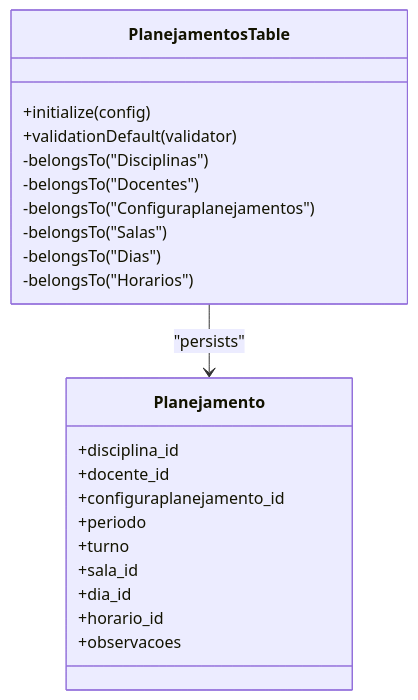
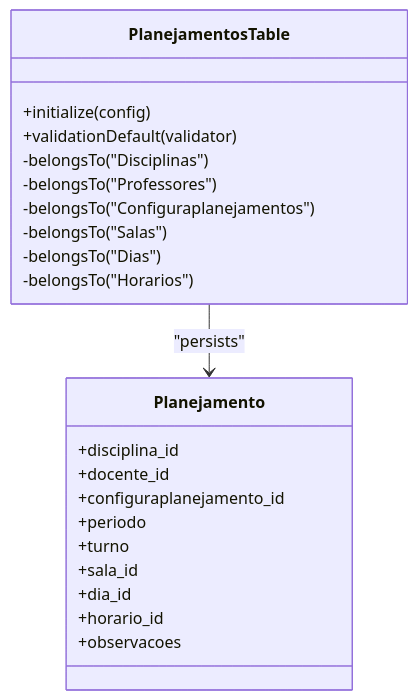
One commit to luiseduacosta/planejamento5 changed the third of 7 diagrams in .qoder/repowiki/en/content/Core Features/Core Features.md. Above: the diagram before and after it, drawn with Mermaid. The commit also changed other lines of this file and 37 other files, not shown here.

Commit message:
repowiki: rename Docentes → Professores in metadata

````diff
--- a/.qoder/repowiki/en/content/Core Features/Core Features.md
+++ b/.qoder/repowiki/en/content/Core Features/Core Features.md
@@ -154,25 +154,25 @@
 ```mermaid
 classDiagram
 class PlanejamentosTable {
 +initialize(config)
 +validationDefault(validator)
 -belongsTo("Disciplinas")
--belongsTo("Docentes")
+-belongsTo("Professores")
 -belongsTo("Configuraplanejamentos")
 -belongsTo("Salas")
 -belongsTo("Dias")
 -belongsTo("Horarios")
 }
 class Planejamento {
 +disciplina_id
 +docente_id
 +configuraplanejamento_id
 +periodo
 +turno
 +sala_id
 +dia_id
 +horario_id
 +observacoes
 }
 PlanejamentosTable --> Planejamento : "persists"
 ```
````
